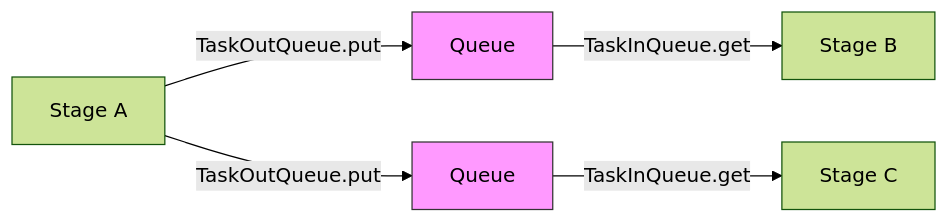
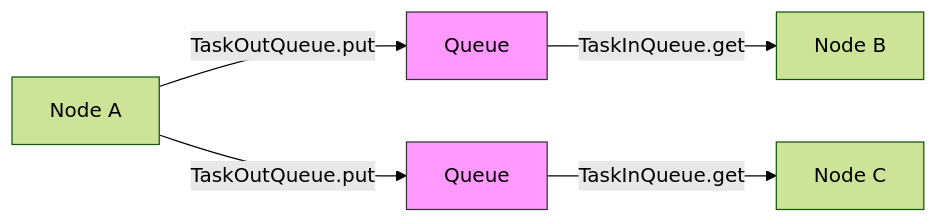
Before and after one commit to Mr-xiaotian/CelestialFlow: the third of 9 diagrams in docs/zh-CN/presentation.md, drawn with Mermaid (forest theme). The commit also changed other lines of this file and 80 other files, not shown here.

````diff
--- a/docs/zh-CN/presentation.md
+++ b/docs/zh-CN/presentation.md
@@ -190,10 +189,10 @@
 ```mermaid
 graph LR
-    A[Stage A] -->|TaskOutQueue.put| Q1[Queue]
-    Q1 -->|TaskInQueue.get| B[Stage B]
+    A[Node A] -->|TaskOutQueue.put| Q1[Queue]
+    Q1 -->|TaskInQueue.get| B[Node B]
     A -->|TaskOutQueue.put| Q2[Queue]
-    Q2 -->|TaskInQueue.get| C[Stage C]
+    Q2 -->|TaskInQueue.get| C[Node C]
 
     style Q1 fill:#f9f,stroke:#333
     style Q2 fill:#f9f,stroke:#333
 ```
````
